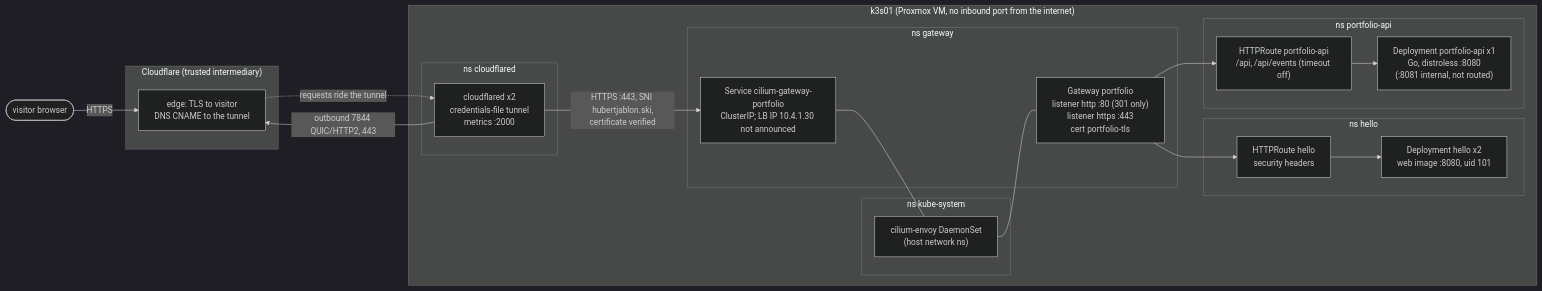
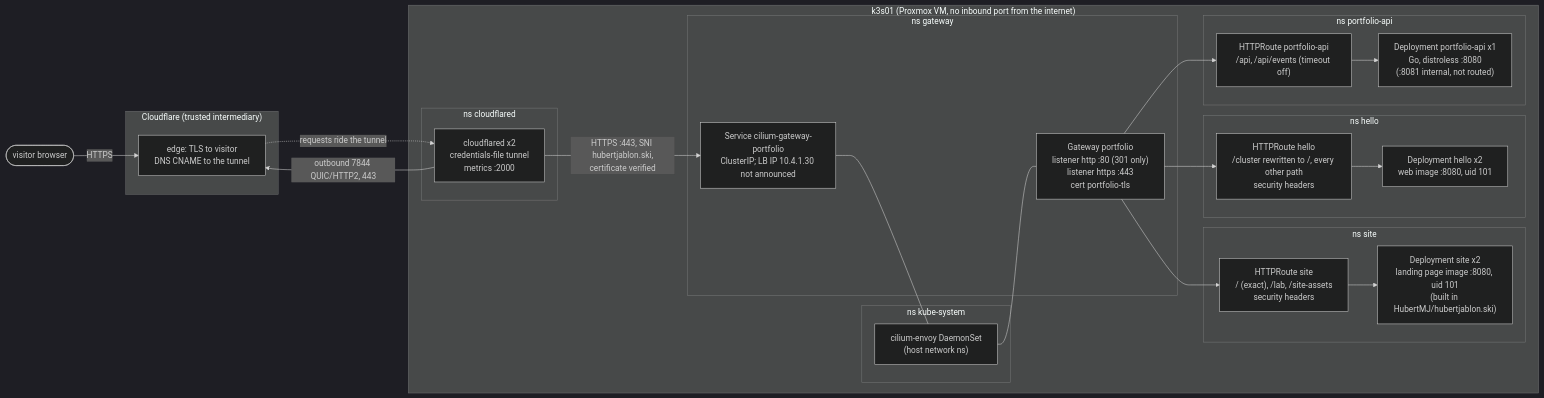
One commit to HubertMJ/self-defending-portfolio changed the first of 6 diagrams in docs/architecture/README.md. Above: the diagram before and after it, drawn with Mermaid (dark theme). The commit also changed other lines of this file and 5 other files, not shown here.

````diff
--- a/docs/architecture/README.md
+++ b/docs/architecture/README.md
@@ -33,35 +33,40 @@
 ```mermaid
 flowchart LR
     V([visitor browser])
     subgraph CF["Cloudflare (trusted intermediary)"]
         EDGE["edge: TLS to visitor<br/>DNS CNAME to the tunnel"]
     end
     subgraph NODE["k3s01 (Proxmox VM, no inbound port from the internet)"]
         subgraph NS_CFD["ns cloudflared"]
             CFD["cloudflared x2<br/>credentials-file tunnel<br/>metrics :2000"]
         end
         subgraph NS_KS["ns kube-system"]
             ENVOY["cilium-envoy DaemonSet<br/>(host network ns)"]
         end
         subgraph NS_GW["ns gateway"]
             GW["Gateway portfolio<br/>listener http :80 (301 only)<br/>listener https :443<br/>cert portfolio-tls"]
             SVC["Service cilium-gateway-portfolio<br/>ClusterIP; LB IP 10.4.1.30 not announced"]
         end
+        subgraph NS_SITE["ns site"]
+            SROUTE["HTTPRoute site<br/>/ (exact), /lab, /site-assets<br/>security headers"]
+            SITE["Deployment site x2<br/>landing page image :8080, uid 101<br/>(built in HubertMJ/hubertjablon.ski)"]
+        end
         subgraph NS_HELLO["ns hello"]
-            ROUTE["HTTPRoute hello<br/>security headers"]
+            ROUTE["HTTPRoute hello<br/>/cluster rewritten to /, every other path<br/>security headers"]
             WEB["Deployment hello x2<br/>web image :8080, uid 101"]
         end
         subgraph NS_API["ns portfolio-api"]
             AROUTE["HTTPRoute portfolio-api<br/>/api, /api/events (timeout off)"]
             API["Deployment portfolio-api x1<br/>Go, distroless :8080<br/>(:8081 internal, not routed)"]
         end
     end
     V -- "HTTPS" --> EDGE
     CFD -- "outbound 7844 QUIC/HTTP2, 443" --> EDGE
     EDGE -. "requests ride the tunnel" .-> CFD
     CFD -- "HTTPS :443, SNI hubertjablon.ski,<br/>certificate verified" --> SVC
     SVC --- ENVOY
     ENVOY --- GW
+    GW --> SROUTE --> SITE
     GW --> ROUTE --> WEB
     GW --> AROUTE --> API
 ```
````
